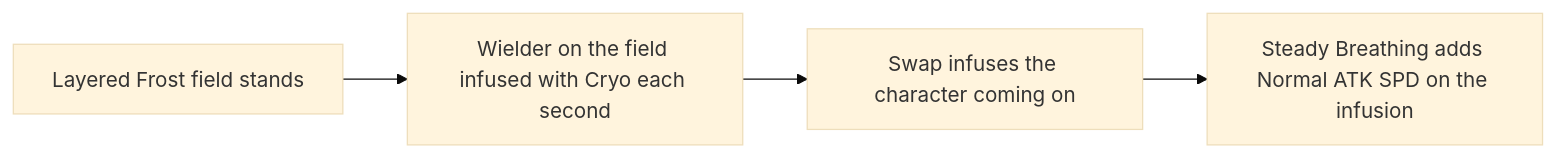
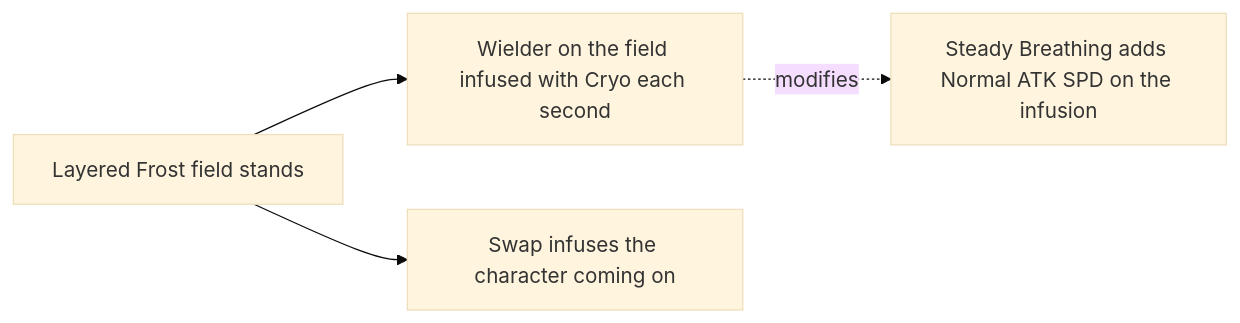
Before and after one commit to Esposter/Esposter: the diagram in openspec/specs/genshin/kits/chongyun/design.md, drawn with Mermaid (base theme). The commit also changed other lines of this file and 15 other files, not shown here.

````diff
--- a/openspec/specs/genshin/kits/chongyun/design.md
+++ b/openspec/specs/genshin/kits/chongyun/design.md
@@ -7,6 +7,6 @@
 ```mermaid
 flowchart LR
   A["Layered Frost field stands"] --> B["Wielder on the field infused with Cryo each second"]
-  B --> C["Swap infuses the character coming on"]
-  C --> D["Steady Breathing adds Normal ATK SPD on the infusion"]
+  A --> C["Swap infuses the character coming on"]
+  B -.->|"modifies"| D["Steady Breathing adds Normal ATK SPD on the infusion"]
 ```
````
